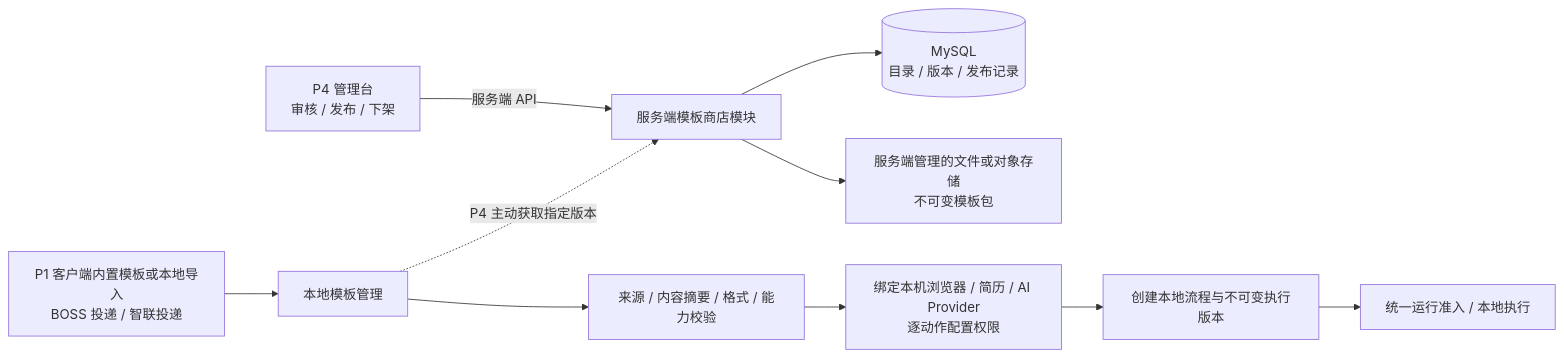
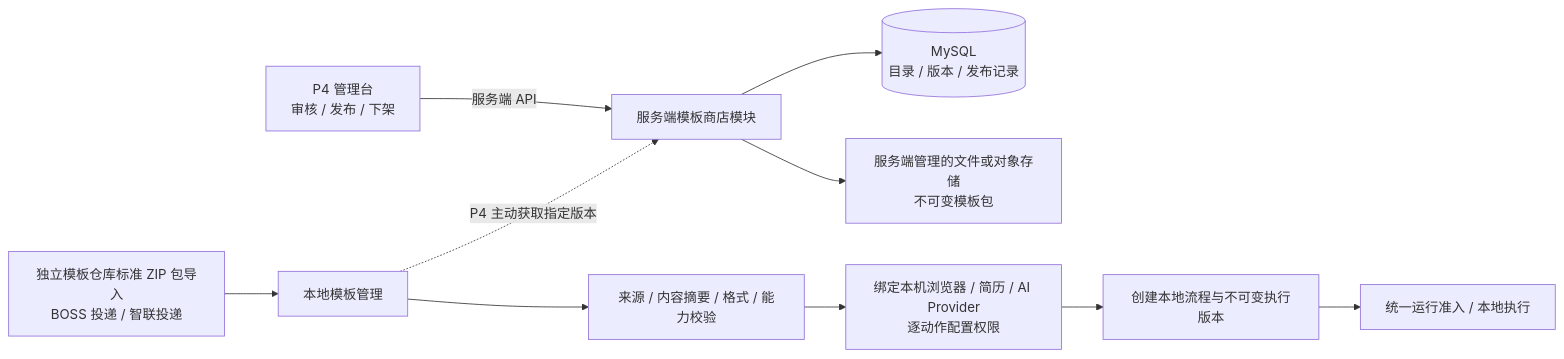
The third of 6 diagrams in docs/architecture.md (zhongmiao-org/flow-ark), drawn with Mermaid before and after one commit. The commit also changed other lines of this file and 14 other files, not shown here.

````diff
--- a/docs/architecture.md
+++ b/docs/architecture.md
@@ -286,12 +292,12 @@
 ```mermaid
 flowchart LR
     ADMIN["P4 管理台<br/>审核 / 发布 / 下架"] -->|"服务端 API"| STORE["服务端模板商店模块"]
     STORE --> META[("MySQL<br/>目录 / 版本 / 发布记录")]
     STORE --> PACK["服务端管理的文件或对象存储<br/>不可变模板包"]
-    BUILTIN["P1 客户端内置模板或本地导入<br/>BOSS 投递 / 智联投递"] --> LOCAL["本地模板管理"]
+    BUILTIN["独立模板仓库标准 ZIP 包导入<br/>BOSS 投递 / 智联投递"] --> LOCAL["本地模板管理"]
     LOCAL -. "P4 主动获取指定版本" .-> STORE
     LOCAL --> VERIFY["来源 / 内容摘要 / 格式 / 能力校验"]
     VERIFY --> CONFIG["绑定本机浏览器 / 简历 / AI Provider<br/>逐动作配置权限"]
     CONFIG --> FLOW["创建本地流程与不可变执行版本"]
     FLOW --> RUN["统一运行准入 / 本地执行"]
 ```
````
